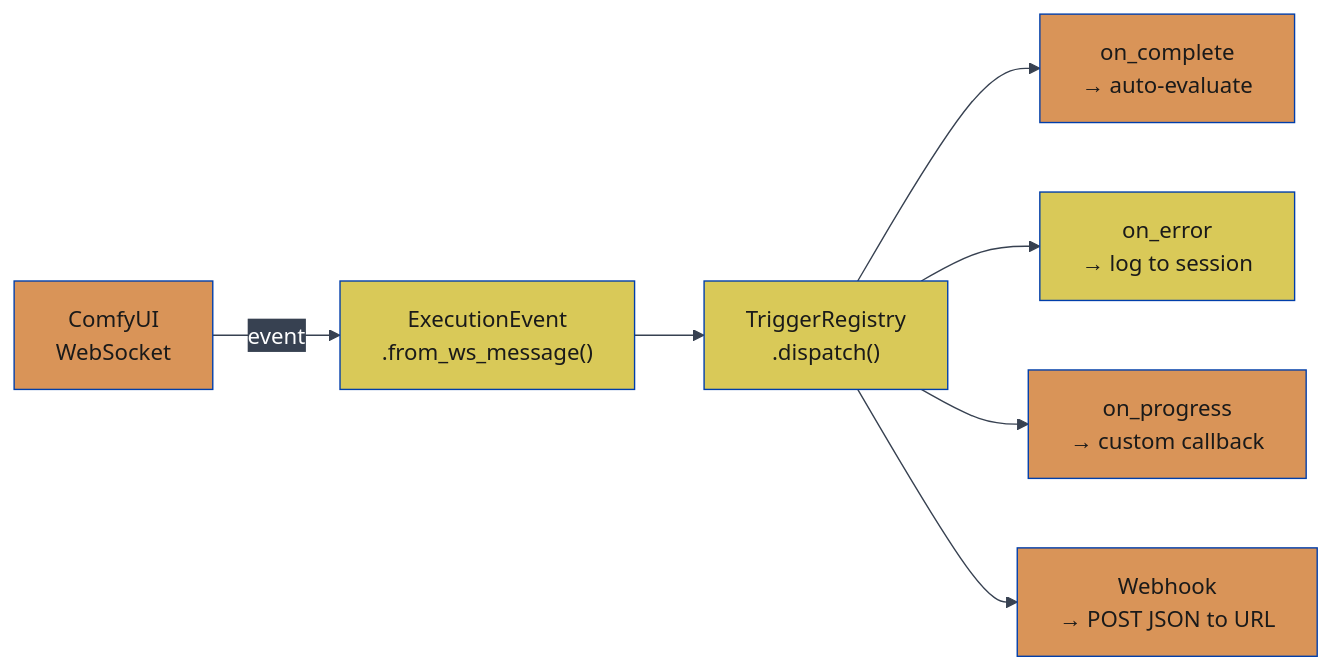
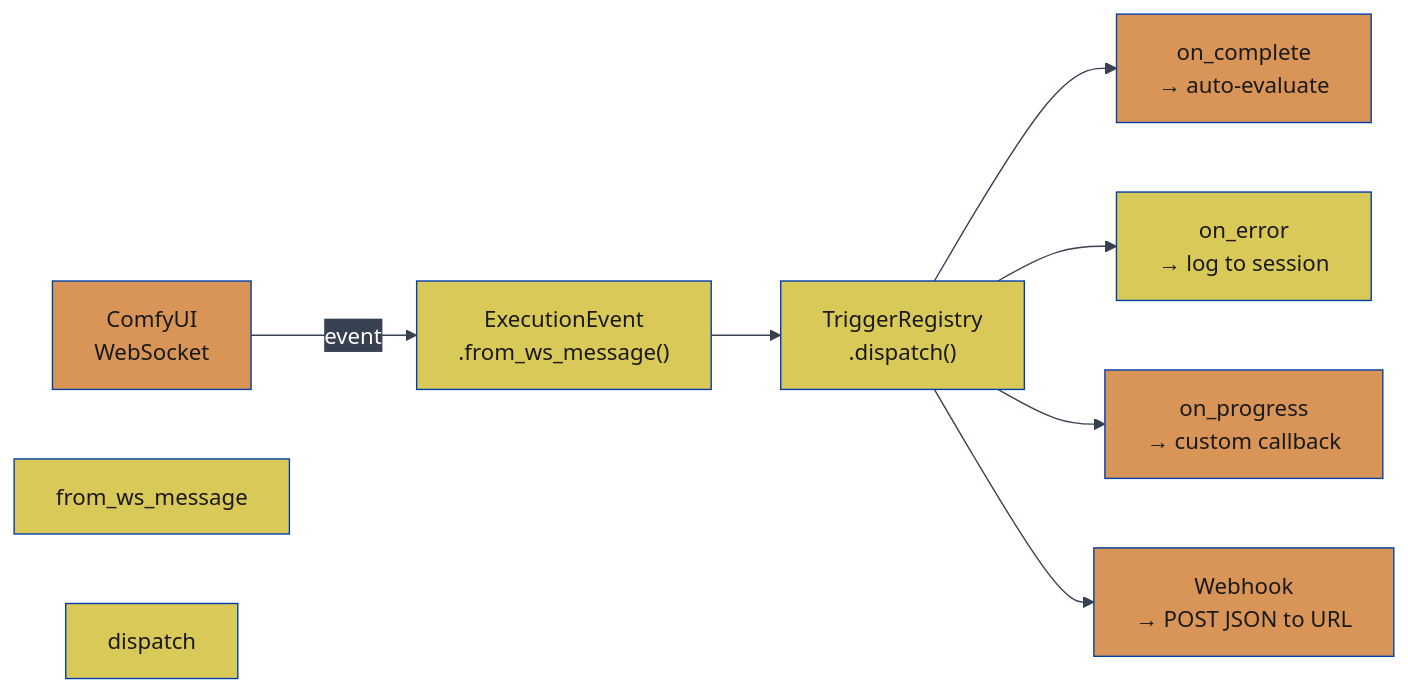
The ninth of 27 diagrams in README.md (JosephOIbrahim/Comfy-Cozy), drawn with Mermaid before and after one commit. The commit also changed other lines of this file, not shown here.

First line of the commit message:
[DOCS] Normalize mermaid palette: force two-tone orange/yellow with black text

````diff
--- a/README.md
+++ b/README.md
@@ -560,18 +576,20 @@
 ```mermaid
 %%{init: {'theme':'base','themeVariables': {'primaryColor':'#0066FF','primaryTextColor':'#ffffff','primaryBorderColor':'#003eaa','lineColor':'#374151','secondaryColor':'#374151','tertiaryColor':'#1f2937','fontFamily':'monospace'}}}%%
 flowchart LR
     WS["ComfyUI<br/>WebSocket"] -->|event| Parse["ExecutionEvent<br/>.from_ws_message()"]
     Parse --> Dispatch["TriggerRegistry<br/>.dispatch()"]
     Dispatch --> CB1["on_complete<br/>→ auto-evaluate"]
     Dispatch --> CB2["on_error<br/>→ log to session"]
     Dispatch --> CB3["on_progress<br/>→ custom callback"]
     Dispatch --> WH["Webhook<br/>→ POST JSON to URL"]
 
     style WS fill:#d99458,color:#1a1a1a
     style Parse fill:#d9c958,color:#1a1a1a
     style Dispatch fill:#d9c958,color:#1a1a1a
     style CB1 fill:#d99458,color:#1a1a1a
     style CB2 fill:#d9c958,color:#1a1a1a
     style CB3 fill:#d99458,color:#1a1a1a
     style WH fill:#d99458,color:#1a1a1a
+    style from_ws_message fill:#d9c958,color:#1a1a1a
+    style dispatch fill:#d9c958,color:#1a1a1a
 ```
````
